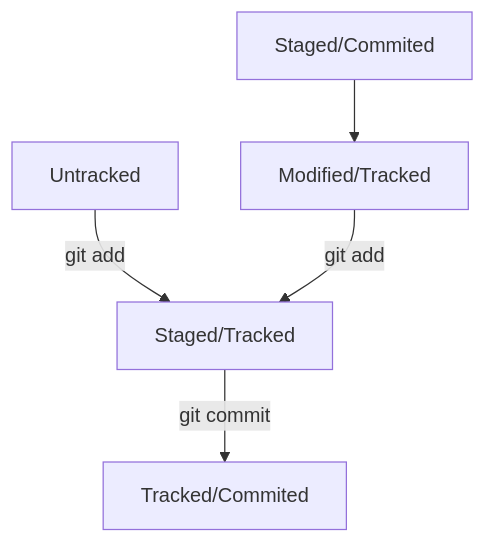
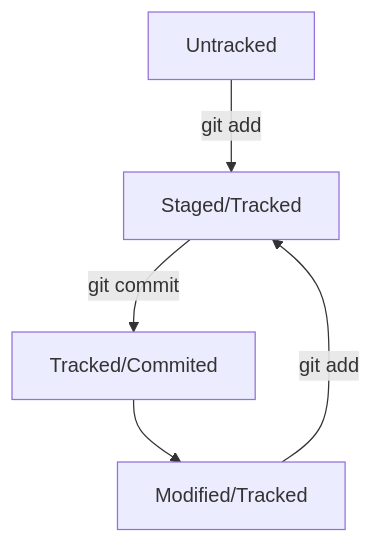
One commit to ne6esisbka/SOS_Bot changed the diagram in readme.md. Above: the diagram before and after it, drawn with Mermaid.

Commit message:
в readme.md: - Редактирую  шпаргалку по статусам файла в GIT

````diff
--- a/readme.md
+++ b/readme.md
@@ -205,8 +205,8 @@
 ```mermaid
   graph TD;
 	Untracked -- "git add" -->Staged/Tracked;
 	Staged/Tracked -- "git commit" --> Tracked/Commited;
-	Staged/Commited --> Modified/Tracked;
+	Tracked/Commited --> Modified/Tracked;
 	Modified/Tracked -- "git add" --> Staged/Tracked;
 	
 ```
````
